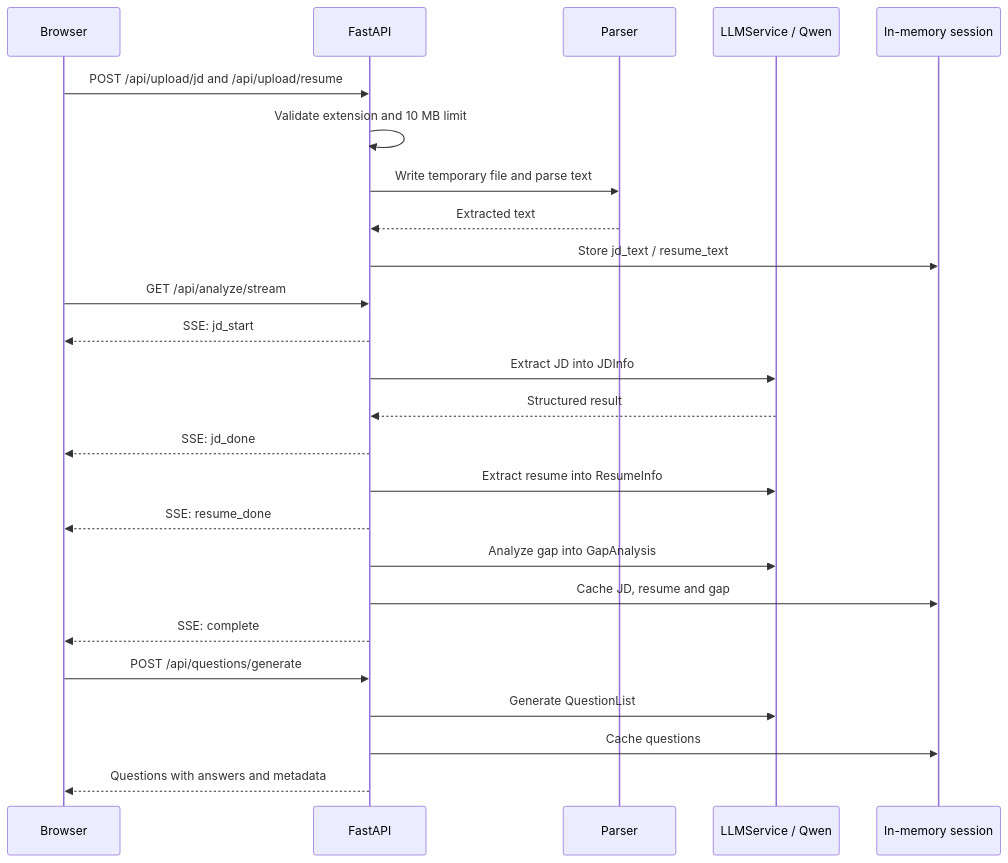
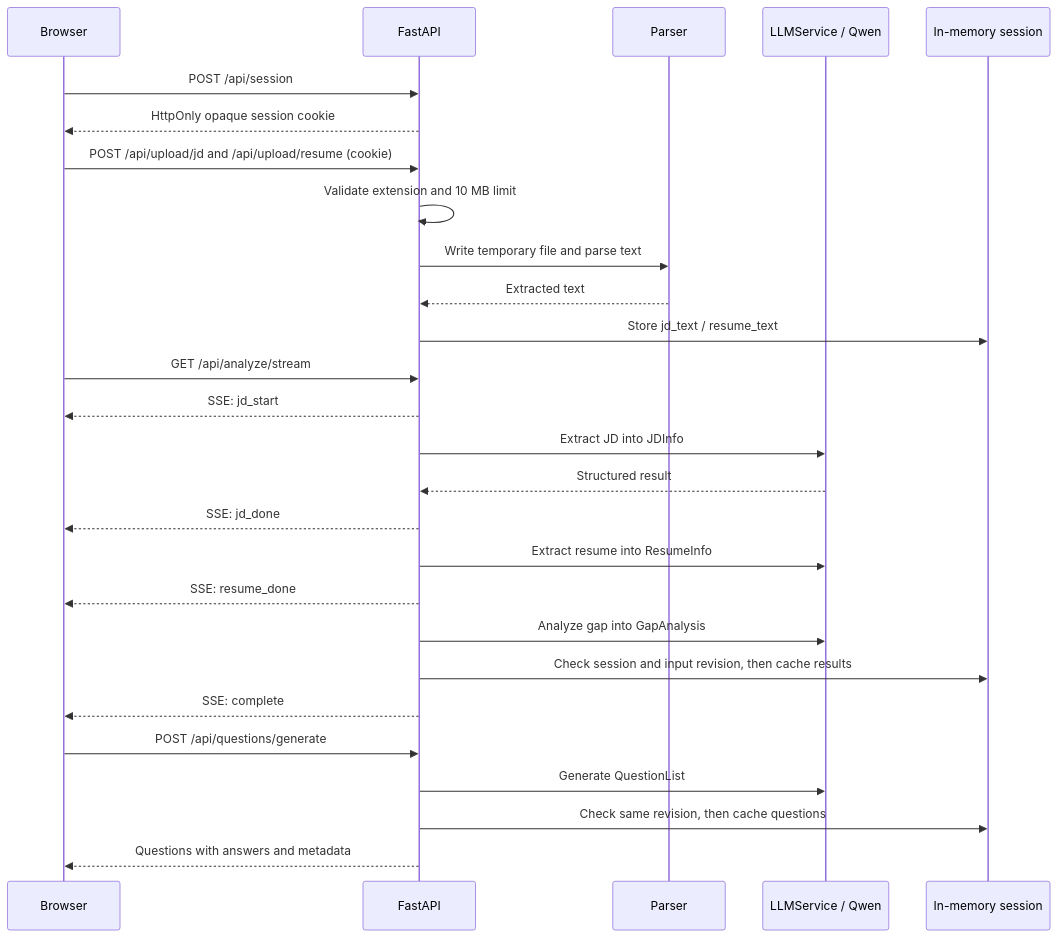
One commit to Dkgo-0323/Interview-Prep-Assistant changed the second of 2 diagrams in Architecture.md. Above: the diagram before and after it, drawn with Mermaid. The commit also changed other lines of this file and 25 other files, not shown here.

````diff
--- a/Architecture.md
+++ b/Architecture.md
@@ -41,28 +41,30 @@
 ```mermaid
 sequenceDiagram
   participant B as Browser
   participant A as FastAPI
   participant P as Parser
   participant L as LLMService / Qwen
   participant S as In-memory session
 
-  B->>A: POST /api/upload/jd and /api/upload/resume
+  B->>A: POST /api/session
+  A-->>B: HttpOnly opaque session cookie
+  B->>A: POST /api/upload/jd and /api/upload/resume (cookie)
   A->>A: Validate extension and 10 MB limit
   A->>P: Write temporary file and parse text
   P-->>A: Extracted text
   A->>S: Store jd_text / resume_text
   B->>A: GET /api/analyze/stream
   A-->>B: SSE: jd_start
   A->>L: Extract JD into JDInfo
   L-->>A: Structured result
   A-->>B: SSE: jd_done
   A->>L: Extract resume into ResumeInfo
   A-->>B: SSE: resume_done
   A->>L: Analyze gap into GapAnalysis
-  A->>S: Cache JD, resume and gap
+  A->>S: Check session and input revision, then cache results
   A-->>B: SSE: complete
   B->>A: POST /api/questions/generate
   A->>L: Generate QuestionList
-  A->>S: Cache questions
+  A->>S: Check same revision, then cache questions
   A-->>B: Questions with answers and metadata
 ```
````
